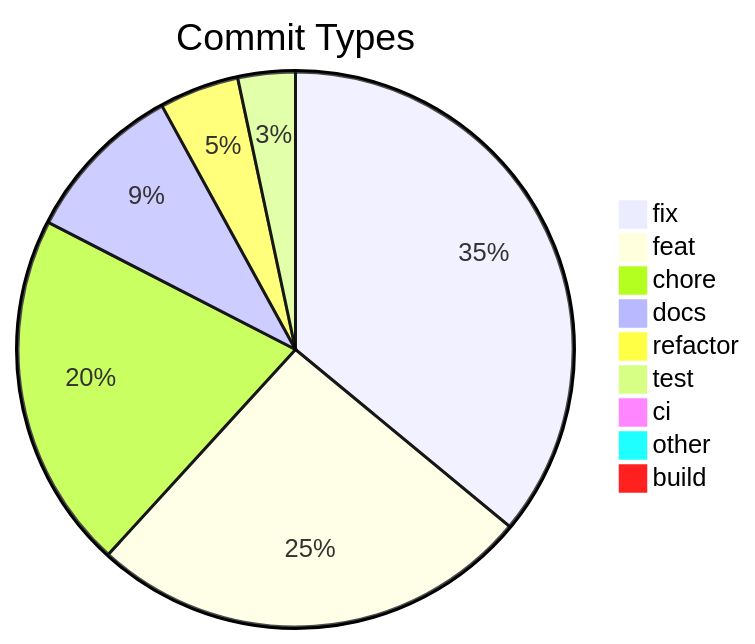
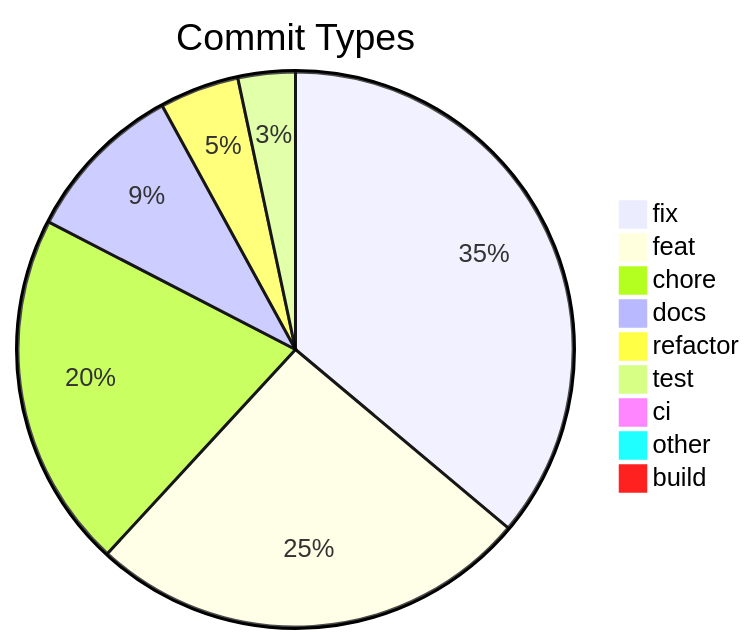
The diagram in .shipwright/compliance/change-history.md (svenroth-ai/shipwright-webui), drawn with Mermaid before and after one commit. The commit also changed other lines of this file and 17 other files, not shown here.

````diff
--- a/.shipwright/compliance/change-history.md
+++ b/.shipwright/compliance/change-history.md
@@ -8,12 +8,12 @@
 ```mermaid
 pie title Commit Types
-    "fix" : 194
+    "fix" : 195
     "feat" : 139
     "chore" : 112
     "docs" : 51
     "refactor" : 25
     "test" : 18
     "ci" : 5
     "other" : 4
     "build" : 1
 ```
````
